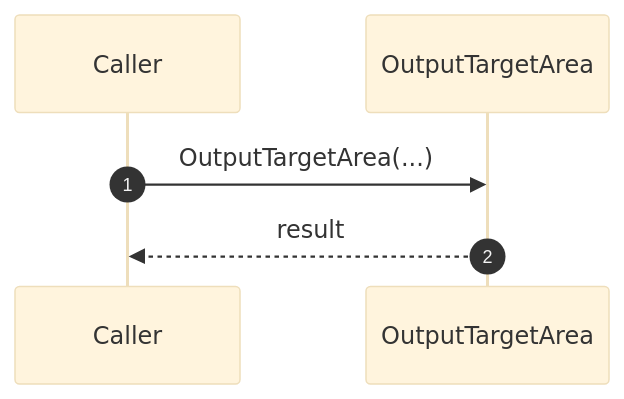
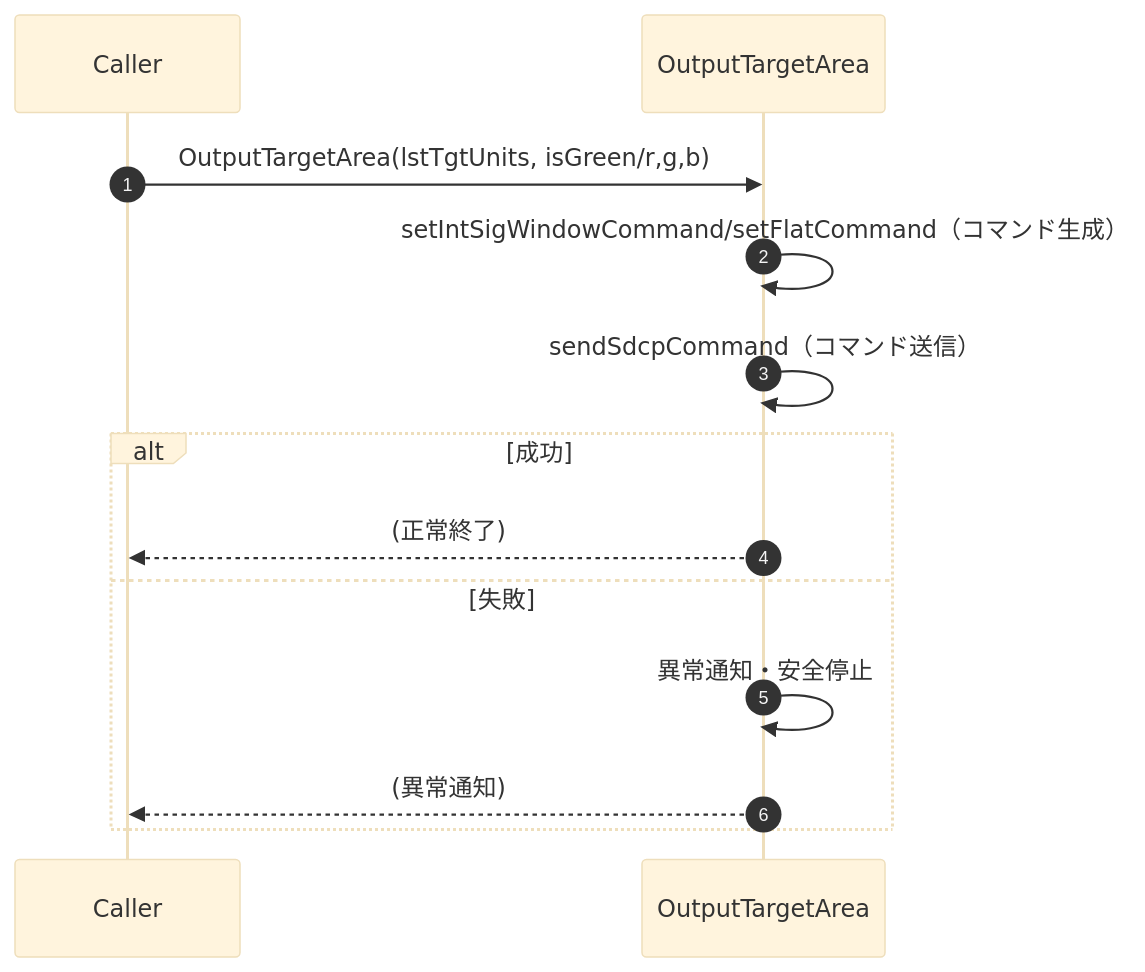
The sixth of 21 diagrams in docs/UfCamera_詳細設計書/08_メソッド仕様/08-5_連携モジュールメソッド/08-5-3_計測_表示_入出力連携.md (HottaTakayuki/ColorAlignmentSoftware), drawn with Mermaid (base theme) before and after one commit. The commit also changed other lines of this file and 30 other files, not shown here.

````diff
--- a/docs/UfCamera_詳細設計書/08_メソッド仕様/08-5_連携モジュールメソッド/08-5-3_計測_表示_入出力連携.md
+++ b/docs/UfCamera_詳細設計書/08_メソッド仕様/08-5_連携モジュールメソッド/08-5-3_計測_表示_入出力連携.md
@@ -369,9 +430,16 @@
 ```mermaid
 sequenceDiagram
     autonumber
     participant CALLER as Caller
     participant M as OutputTargetArea
 
-    CALLER->>M: OutputTargetArea(...)
-    M-->>CALLER: result
+    CALLER->>M: OutputTargetArea(lstTgtUnits, isGreen/r,g,b)
+    M->>M: setIntSigWindowCommand/setFlatCommand（コマンド生成）
+    M->>M: sendSdcpCommand（コマンド送信）
+    alt 成功
+        M-->>CALLER: (正常終了)
+    else 失敗
+        M->>M: 異常通知・安全停止
+        M-->>CALLER: (異常通知)
+    end
 ```
````
